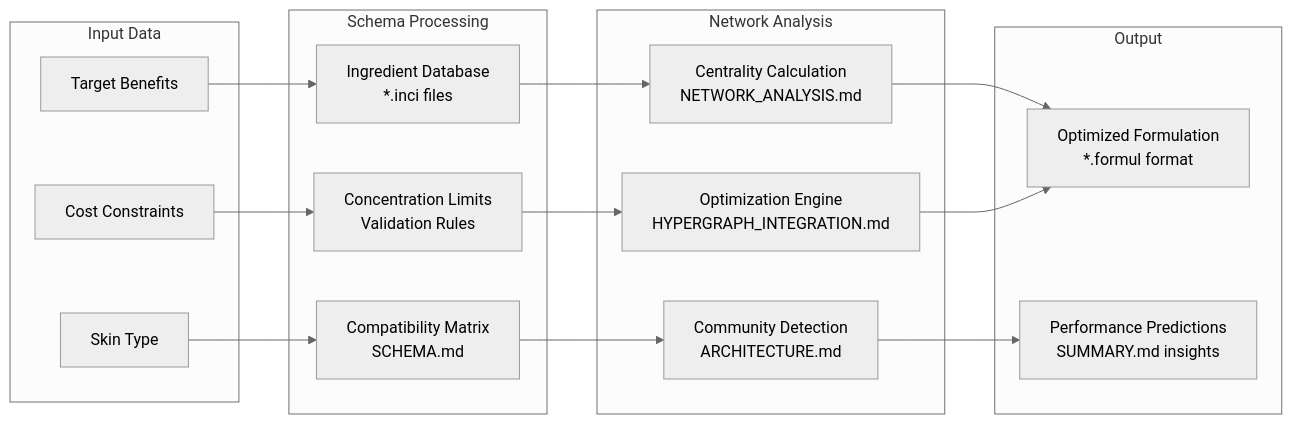
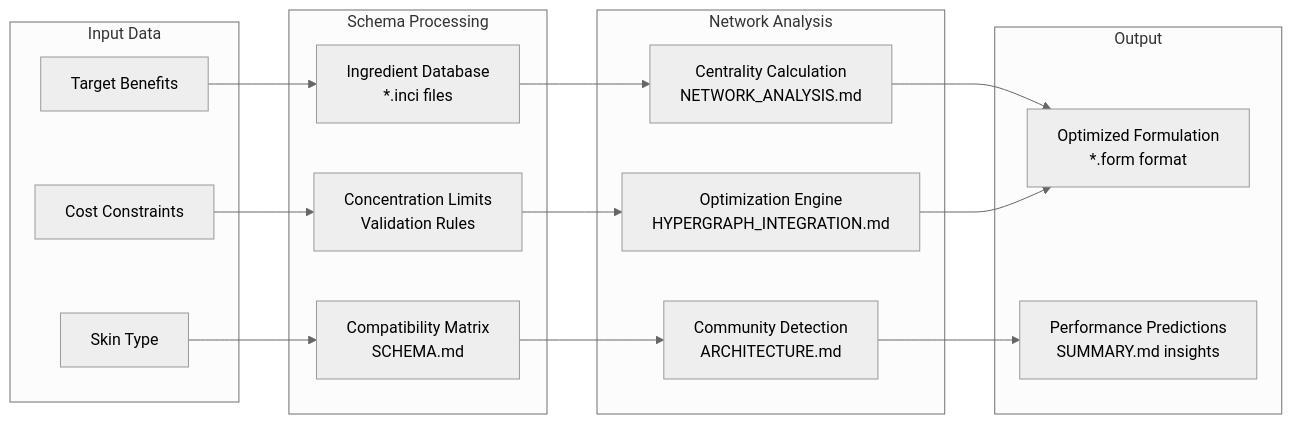
One commit to Kaw-Aii/skintwinformx changed the fourth of 4 diagrams in vessels/TECHNICAL_INDEX.md. Above: the diagram before and after it, drawn with Mermaid (neutral theme). The commit also changed other lines of this file and 26 other files, not shown here.

First line of the commit message:
Change formulation file extension from .formul to .form

````diff
--- a/vessels/TECHNICAL_INDEX.md
+++ b/vessels/TECHNICAL_INDEX.md
@@ -149,35 +149,35 @@
 ```mermaid
 graph LR
     subgraph "Input Data"
         A[Target Benefits]
         B[Skin Type]
         C[Cost Constraints]
     end
     
     subgraph "Schema Processing"
         D[Ingredient Database<br/>*.inci files]
         E[Compatibility Matrix<br/>SCHEMA.md]
         F[Concentration Limits<br/>Validation Rules]
     end
     
     subgraph "Network Analysis"
         G[Centrality Calculation<br/>NETWORK_ANALYSIS.md]
         H[Community Detection<br/>ARCHITECTURE.md]
         I[Optimization Engine<br/>HYPERGRAPH_INTEGRATION.md]
     end
     
     subgraph "Output"
-        J[Optimized Formulation<br/>*.formul format]
+        J[Optimized Formulation<br/>*.form format]
         K[Performance Predictions<br/>SUMMARY.md insights]
     end
     
     A --> D
     B --> E
     C --> F
     D --> G
     E --> H
     F --> I
     G --> J
     H --> K
     I --> J
 ```
````
